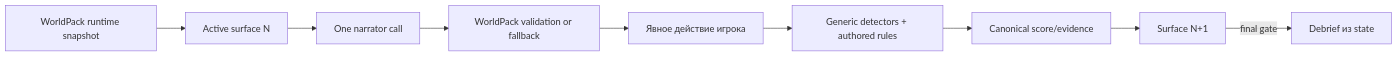
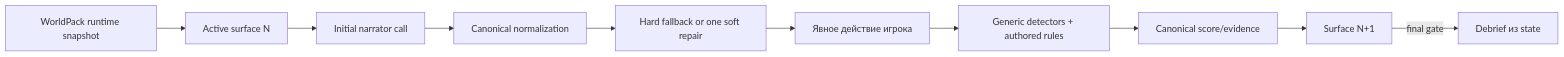
Before and after one commit to abykovwww-byte/ubuntu_ansible_palybooks: the first of 2 diagrams in docs/wiki/07-training-autotests-datasets.md, drawn with Mermaid. The commit also changed other lines of this file and 19 other files, not shown here.

Commit message:
Reduce training narrator fallback rate

````diff
--- a/docs/wiki/07-training-autotests-datasets.md
+++ b/docs/wiki/07-training-autotests-datasets.md
@@ -23,11 +23,12 @@
 ```mermaid
 flowchart LR
     Pack["WorldPack runtime snapshot"] --> Surface["Active surface N"]
-    Surface --> LLM["One narrator call"]
-    LLM --> Valid["WorldPack validation or fallback"]
+    Surface --> LLM["Initial narrator call"]
+    LLM --> Norm["Canonical normalization"]
+    Norm --> Valid["Hard fallback or one soft repair"]
     Valid --> Action["Явное действие игрока"]
     Action --> Rules["Generic detectors + authored rules"]
     Rules --> Score["Canonical score/evidence"]
     Score --> Next["Surface N+1"]
     Next -->|"final gate"| Debrief["Debrief из state"]
 ```
````
